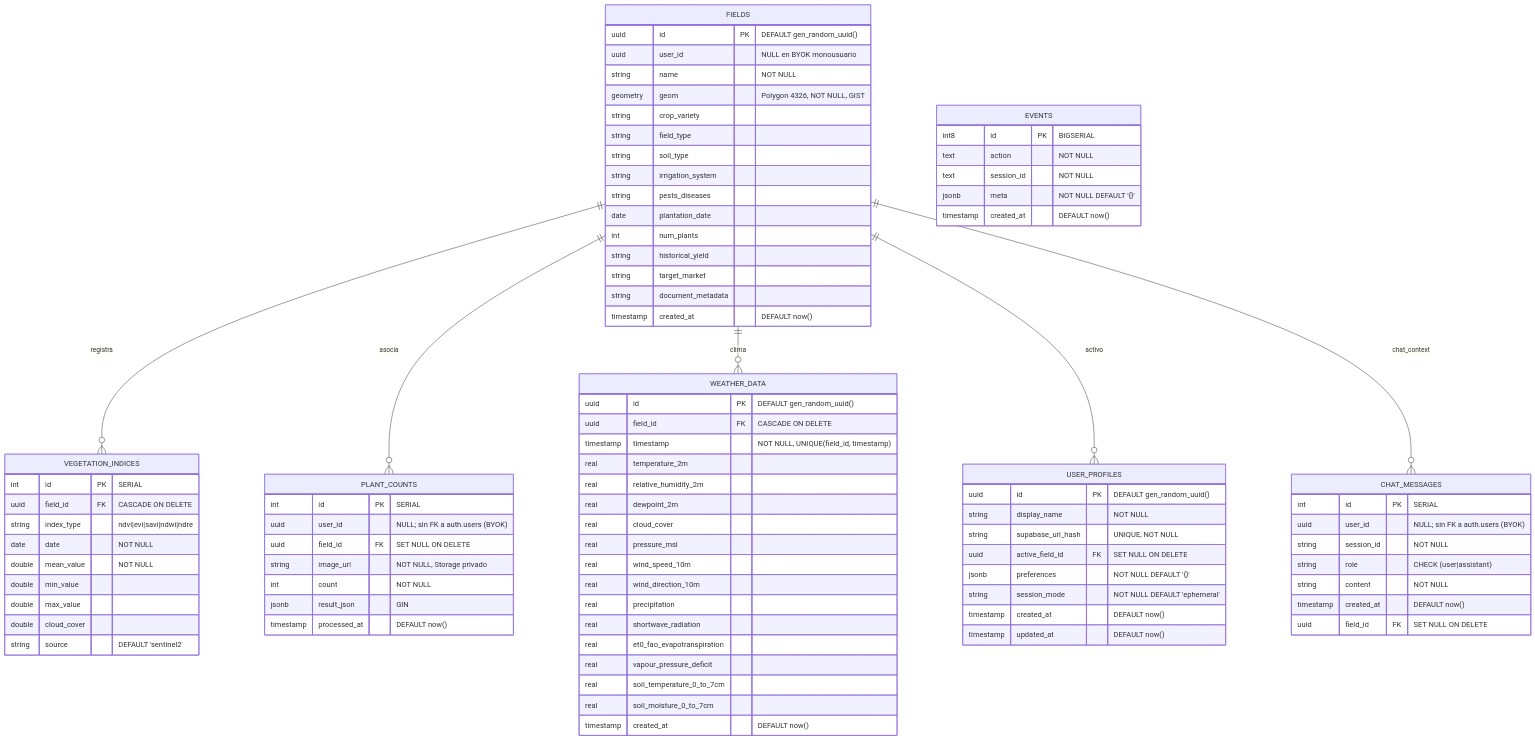
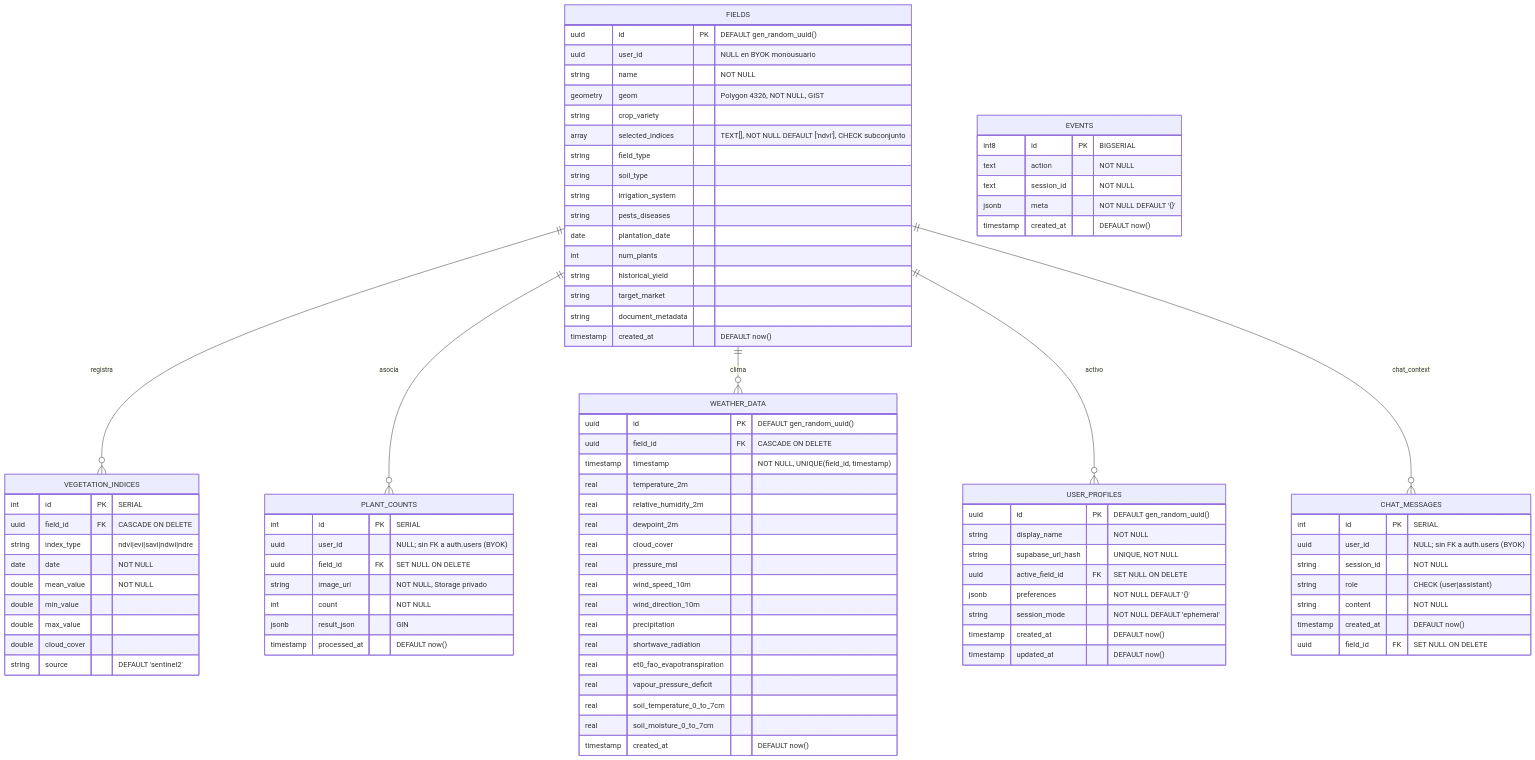
One commit to AlexPrietoRomani/AgroVision changed the diagram in docs/db/diseno_db.md. Above: the diagram before and after it, drawn with Mermaid. The commit also changed other lines of this file and 1 other file, not shown here.

First line of the commit message:
feat(db): añade selected_indices a public.fields

```diff
--- a/docs/db/diseno_db.md
+++ b/docs/db/diseno_db.md
@@ -42,6 +42,7 @@
         string name "NOT NULL"
         geometry geom "Polygon 4326, NOT NULL, GIST"
         string crop_variety
+        array selected_indices "TEXT[], NOT NULL DEFAULT ['ndvi'], CHECK subconjunto"
         string field_type
         string soil_type
         string irrigation_system
```
